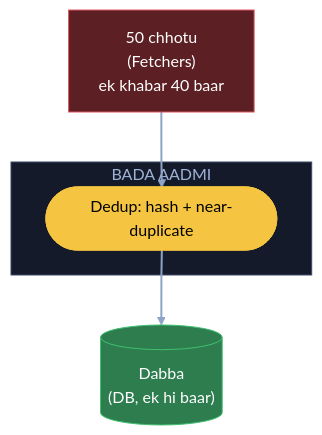
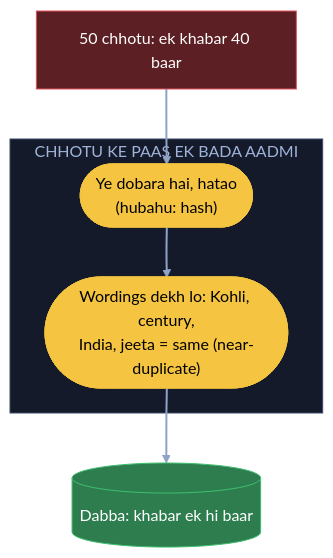
One commit to ArpanMaheshwari144/Prep changed the third of 11 diagrams in 04_HLD/SYSTEM_DESIGNS/08_news_aggregator/08_news_aggregator.md. Above: the diagram before and after it, drawn with Mermaid. The commit also changed other lines of this file, not shown here.

Commit message:
News: 11 diagram hand notes ke shabdon se; K6 se apna jodा timeout / circuit breaker hataya

````diff
--- a/04_HLD/SYSTEM_DESIGNS/08_news_aggregator/08_news_aggregator.md
+++ b/04_HLD/SYSTEM_DESIGNS/08_news_aggregator/08_news_aggregator.md
@@ -90,16 +90,18 @@
 ```mermaid
 flowchart TB
-    C["50 chhotu<br/>(Fetchers)<br/>ek khabar 40 baar"]:::bad
-    subgraph BA["BADA AADMI"]
-        B(["Dedup: hash + near-duplicate"]):::pill
+    C["50 chhotu: ek khabar 40 baar"]:::bad
+    subgraph BA["CHHOTU KE PAAS EK BADA AADMI"]
+        H(["Ye dobara hai, hatao<br/>(hubahu: hash)"]):::pill
+        W(["Wordings dekh lo: Kohli, century,<br/>India, jeeta = same (near-duplicate)"]):::pill
     end
-    D[("Dabba<br/>(DB, ek hi baar)")]:::good
-    C --> B
-    B --> D
+    D[("Dabba: khabar ek hi baar")]:::good
+    C --> H
+    H --> W
+    W --> D
     linkStyle default stroke:#8fa3c7,stroke-width:2px
     classDef card fill:#1e2638,stroke:#3a4a6b,color:#e8ecf5
     classDef pill fill:#f5c542,stroke:#f5c542,color:#000
     classDef good fill:#2e7d4f,stroke:#3fbf6f,color:#fff
     classDef bad fill:#5c1f24,stroke:#e05561,color:#fff
     style BA fill:#141a29,stroke:#3a4a6b,color:#9fb3d9
 ```
````
